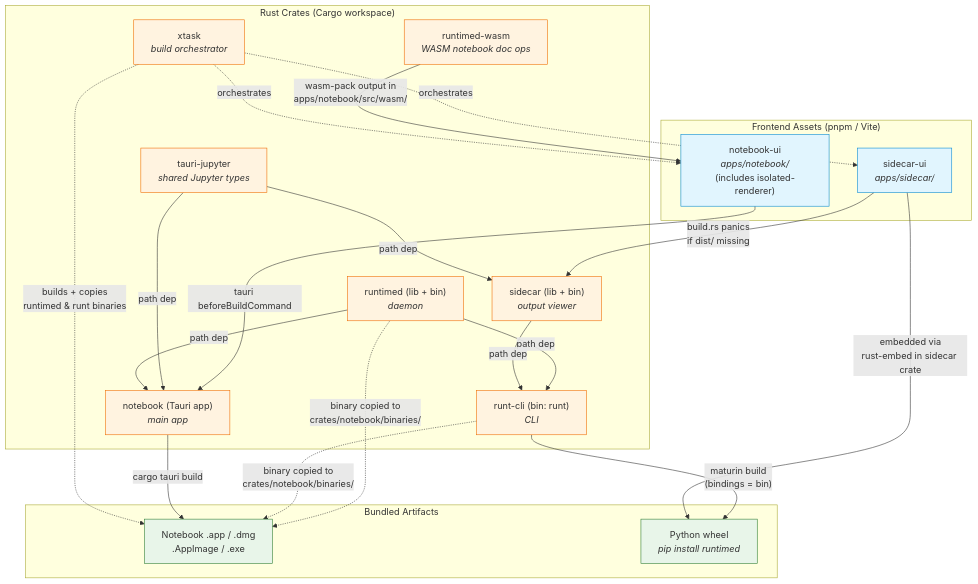
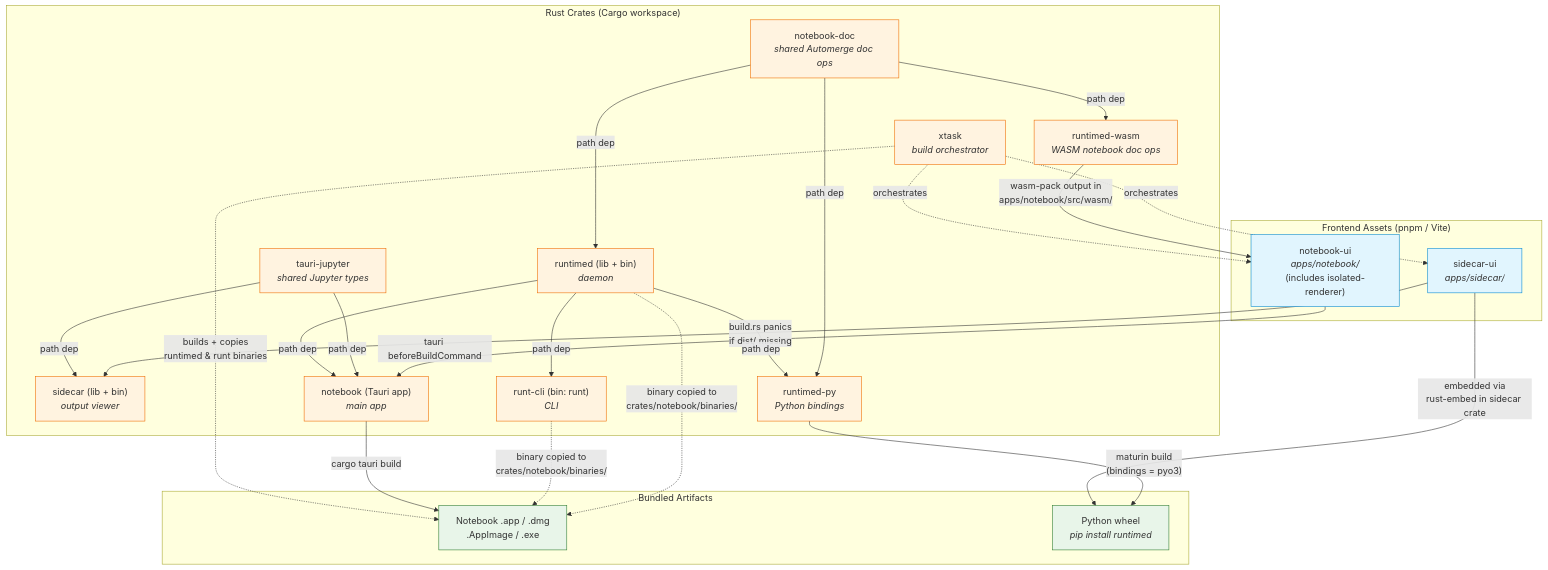
One commit to nteract/desktop changed the first of 3 diagrams in contributing/build-dependencies.md. Above: the diagram before and after it, drawn with Mermaid. The commit also changed other lines of this file and 2 other files, not shown here.

First line of the commit message:
docs: improve developer experience across build, dev, and README

````diff
--- a/contributing/build-dependencies.md
+++ b/contributing/build-dependencies.md
@@ -15,56 +14,61 @@
 ```mermaid
 graph TD
     subgraph "Frontend Assets (pnpm / Vite)"
         SUI["sidecar-ui<br/><i>apps/sidecar/</i>"]
         NUI["notebook-ui<br/><i>apps/notebook/</i><br/>(includes isolated-renderer)"]
     end
 
     subgraph "Rust Crates (Cargo workspace)"
         TJ["tauri-jupyter<br/><i>shared Jupyter types</i>"]
+        ND["notebook-doc<br/><i>shared Automerge doc ops</i>"]
         RD["runtimed (lib + bin)<br/><i>daemon</i>"]
         SC["sidecar (lib + bin)<br/><i>output viewer</i>"]
         RC["runt-cli (bin: runt)<br/><i>CLI</i>"]
         NB["notebook (Tauri app)<br/><i>main app</i>"]
         XT["xtask<br/><i>build orchestrator</i>"]
         RWASM["runtimed-wasm<br/><i>WASM notebook doc ops</i>"]
+        RDPY["runtimed-py<br/><i>Python bindings</i>"]
     end
 
     subgraph "Bundled Artifacts"
         APP["Notebook .app / .dmg<br/>.AppImage / .exe"]
         PY["Python wheel<br/><i>pip install runtimed</i>"]
     end
 
     %% Frontend → Rust compile-time dependencies
     SUI -->|"build.rs panics<br/>if dist/ missing"| SC
     NUI -->|"tauri beforeBuildCommand"| NB
     RWASM -->|"wasm-pack output in<br/>apps/notebook/src/wasm/"| NUI
 
     %% Rust crate dependencies (path deps in Cargo.toml)
     TJ -->|"path dep"| SC
     TJ -->|"path dep"| NB
+    ND -->|"path dep"| RD
+    ND -->|"path dep"| RWASM
+    ND -->|"path dep"| RDPY
     RD -->|"path dep"| NB
     RD -->|"path dep"| RC
-    SC -->|"path dep"| RC
+    RD -->|"path dep"| RDPY
 
     %% External binary bundling (not a Cargo dep — a Tauri bundle dep)
     RD -.->|"binary copied to<br/>crates/notebook/binaries/"| APP
     RC -.->|"binary copied to<br/>crates/notebook/binaries/"| APP
     NB -->|"cargo tauri build"| APP
 
     %% Python package
-    RC -->|"maturin build<br/>(bindings = bin)"| PY
+    RDPY -->|"maturin build<br/>(bindings = pyo3)"| PY
     SUI -->|"embedded via<br/>rust-embed in sidecar crate"| PY
 
     %% xtask orchestrates everything
     XT -.->|"orchestrates"| SUI
     XT -.->|"orchestrates"| NUI
     XT -.->|"builds + copies<br/>runtimed & runt binaries"| APP
 
     classDef frontend fill:#e1f5fe,stroke:#0288d1
     classDef rust fill:#fff3e0,stroke:#ef6c00
     classDef artifact fill:#e8f5e9,stroke:#2e7d32
 
     class SUI,NUI frontend
-    class TJ,RD,SC,RC,NB,XT,RWASM rust
+    class TJ,ND,RD,SC,RC,NB,XT,RWASM,RDPY rust
     class APP,PY artifact
 ```
````
